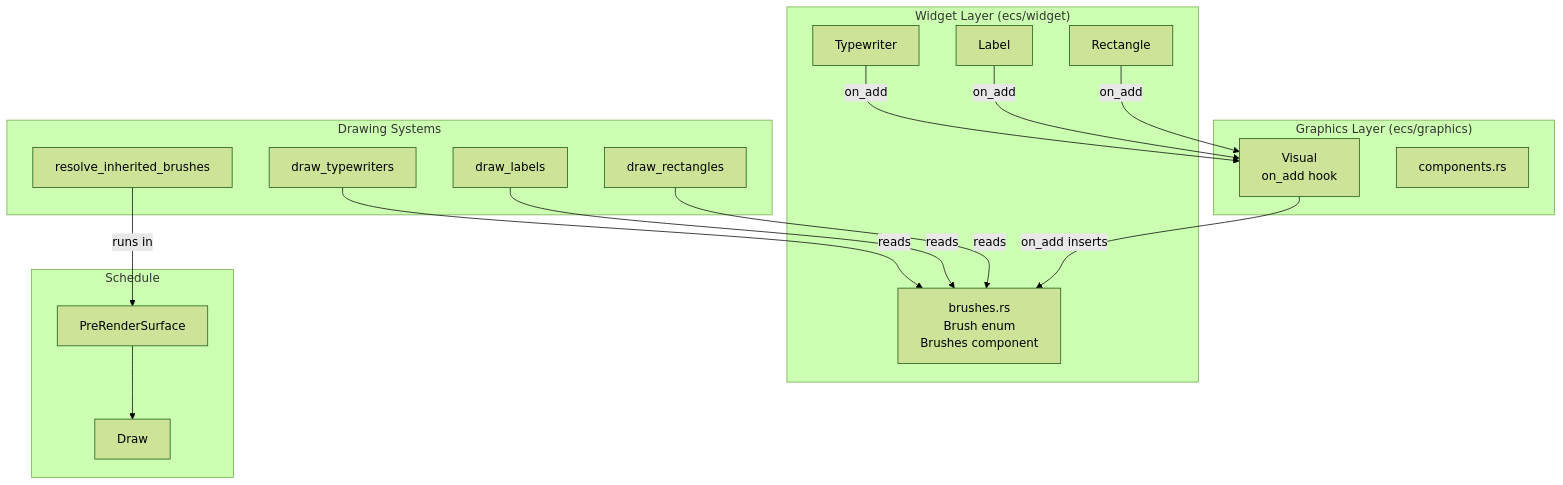
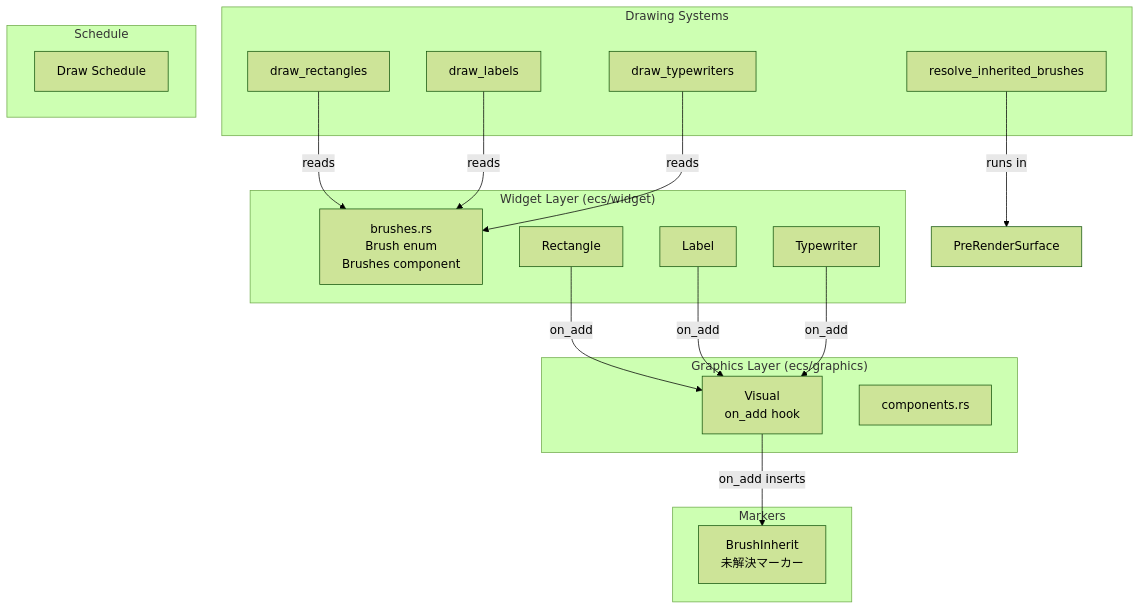
One commit to ekicyou/dcomp_sample-rs changed the first of 4 diagrams in .kiro/specs/brush-component-separation/design.md. Above: the diagram before and after it, drawn with Mermaid (forest theme). The commit also changed other lines of this file and 1 other file, not shown here.

First line of the commit message:
議題8: BrushInheritマーカー方式・Drawスケジュール採用

````diff
--- a/.kiro/specs/brush-component-separation/design.md
+++ b/.kiro/specs/brush-component-separation/design.md
@@ -38,35 +38,39 @@
 ```mermaid
 graph TB
     subgraph "Widget Layer (ecs/widget)"
         brushes[brushes.rs<br/>Brush enum<br/>Brushes component]
         rectangle[Rectangle]
         label[Label]
         typewriter[Typewriter]
     end
     
     subgraph "Graphics Layer (ecs/graphics)"
         visual[Visual<br/>on_add hook]
         components[components.rs]
     end
     
     subgraph "Drawing Systems"
         draw_rect[draw_rectangles]
         draw_label[draw_labels]
         draw_tw[draw_typewriters]
         resolve[resolve_inherited_brushes]
     end
     
+    subgraph "Markers"
+        brushinherit[BrushInherit<br/>未解決マーカー]
+    end
+    
     subgraph "Schedule"
-        PreRenderSurface --> Draw
+        Draw[Draw Schedule]
     end
     
     rectangle -->|on_add| visual
     label -->|on_add| visual
     typewriter -->|on_add| visual
-    visual -->|on_add inserts| brushes
+    visual -->|on_add inserts| brushinherit
     
     resolve -->|runs in| PreRenderSurface
     draw_rect -->|reads| brushes
     draw_label -->|reads| brushes
     draw_tw -->|reads| brushes
 ```
````
